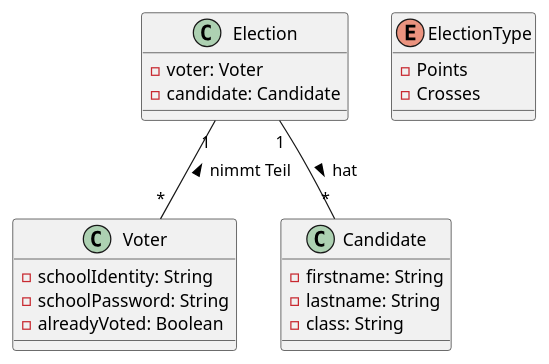
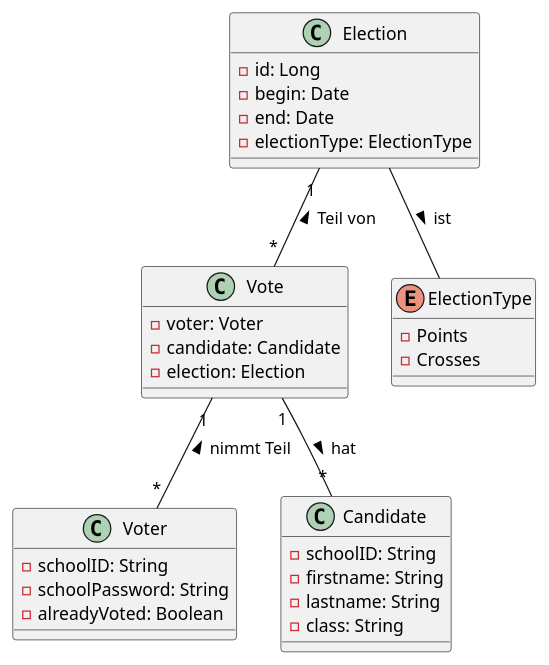
Before and after one commit to 2324-4bhif-syp/2324-4bhif-syp-project-leovote: the diagram in plantuml/cld.puml, drawn with PlantUML. The commit also changed 1 other file, not shown here.

Commit message:
-fix: overworked diagrams and readme

```diff
--- a/plantuml/cld.puml
+++ b/plantuml/cld.puml
@@ -1,28 +1,39 @@
 @startuml
 
 class Election {
+    - id: Long
+    - begin: Date
+    - end: Date
+    - electionType: ElectionType
+}
+
+class Vote {
     - voter: Voter
     - candidate: Candidate
+    - election: Election
 }
 
 enum ElectionType{
     - Points
     - Crosses
 }
 
 class Voter {
-    - schoolIdentity: String
+    - schoolID: String
     - schoolPassword: String
     - alreadyVoted: Boolean
 }
 
 class Candidate {
+   - schoolID: String
    - firstname: String
    - lastname: String
    - class: String
 }
 
-Election   "1"--"*" Candidate  : > hat
-Election   "1"--"*" Voter  : < nimmt Teil
+Vote   "1"--"*" Candidate  : > hat
+Vote   "1"--"*" Voter  : < nimmt Teil
+Election "1"--"*" Vote : < Teil von
+Election -- ElectionType : > ist
 
 @enduml
```
